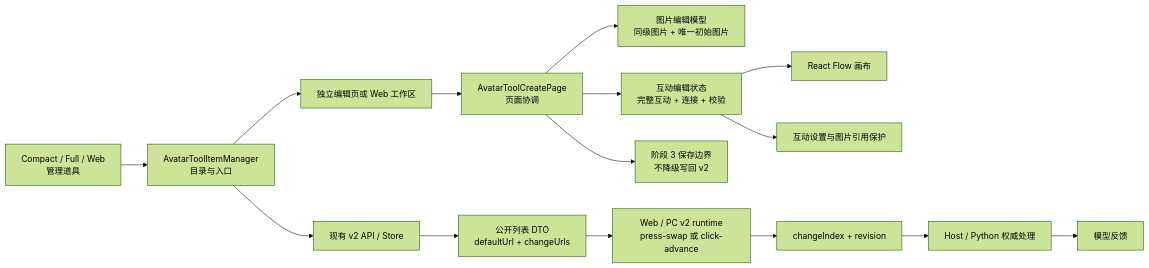
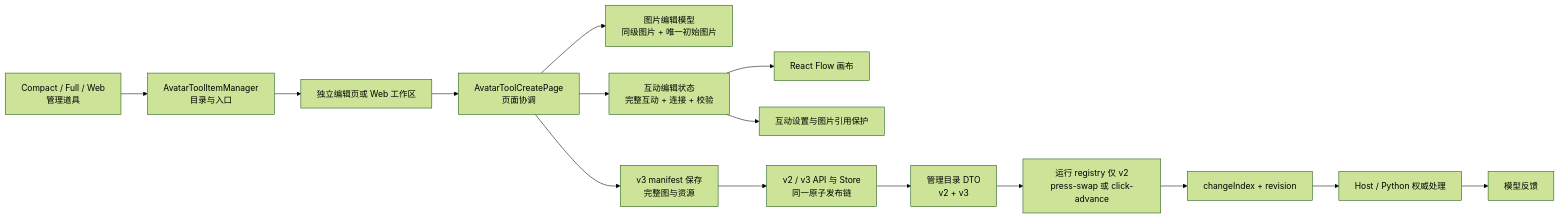
One commit to Project-N-E-K-O/N.E.K.O changed the first of 4 diagrams in .agent/notes/avatar-tool-user-created-general-implementation.md. Above: the diagram before and after it, drawn with Mermaid (forest theme). The commit also changed other lines of this file and 42 other files, not shown here.

````diff
--- a/.agent/notes/avatar-tool-user-created-general-implementation.md
+++ b/.agent/notes/avatar-tool-user-created-general-implementation.md
@@ -32,17 +32,17 @@
 ```mermaid
 flowchart LR
     A[Compact / Full / Web<br/>管理道具] --> B[AvatarToolItemManager<br/>目录与入口]
     B --> C[独立编辑页或 Web 工作区]
     C --> D[AvatarToolCreatePage<br/>页面协调]
     D --> E[图片编辑模型<br/>同级图片 + 唯一初始图片]
     D --> F[互动编辑状态<br/>完整互动 + 连接 + 校验]
     F --> G[React Flow 画布]
     F --> H[互动设置与图片引用保护]
-    D --> I[阶段 3 保存边界<br/>不降级写回 v2]
-    B --> J[现有 v2 API / Store]
-    J --> K[公开列表 DTO<br/>defaultUrl + changeUrls]
-    K --> L[Web / PC v2 runtime<br/>press-swap 或 click-advance]
+    D --> I[v3 manifest 保存<br/>完整图与资源]
+    I --> J[v2 / v3 API 与 Store<br/>同一原子发布链]
+    J --> K[管理目录 DTO<br/>v2 + v3]
+    K --> L[运行 registry 仅 v2<br/>press-swap 或 click-advance]
     L --> M[changeIndex + revision]
     M --> N[Host / Python 权威处理]
     N --> O[模型反馈]
 ```
````
